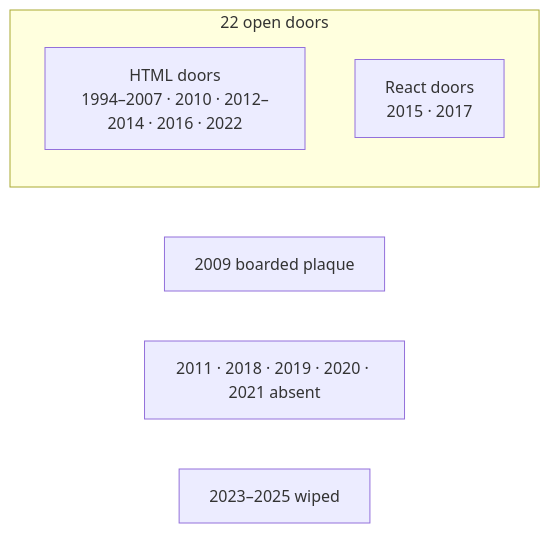
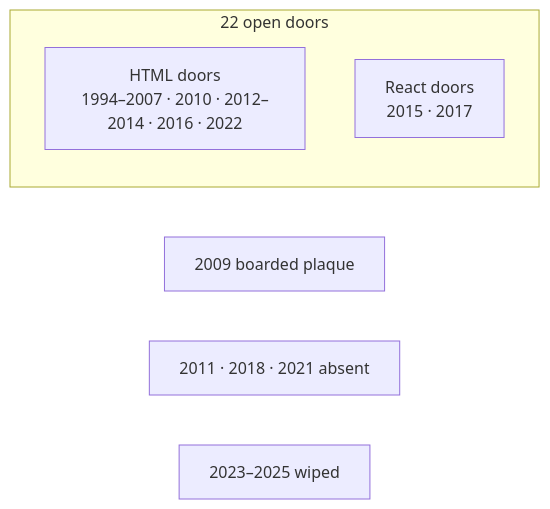
The second of 5 diagrams in docs/FLOW-CHECK-DIAGRAM.md (sourabhligade/internet-through-time), drawn with Mermaid before and after one commit. The commit also changed other lines of this file and 1639 other files, not shown here.

````diff
--- a/docs/FLOW-CHECK-DIAGRAM.md
+++ b/docs/FLOW-CHECK-DIAGRAM.md
@@ -43,10 +43,10 @@
 ```mermaid
 flowchart LR
-  subgraph PLAY["22 open doors"]
-    HTML["HTML doors<br/>1994–2007 · 2010 · 2012–2014 · 2016 · 2022"]
-    REACT["React doors<br/>2015 · 2017"]
-  end
-  BOARD["2009 boarded plaque"]
-  ABSENT["2011 · 2018 · 2019 · 2020 · 2021 absent"]
-  WIPE["2023–2025 wiped"]
+ subgraph PLAY["22 open doors"]
+ HTML["HTML doors<br/>1994–2007 · 2010 · 2012–2014 · 2016 · 2022"]
+ REACT["React doors<br/>2015 · 2017"]
+ end
+ BOARD["2009 boarded plaque"]
+ ABSENT["2011 · 2018 · 2021 absent"]
+ WIPE["2023–2025 wiped"]
 ```
````
